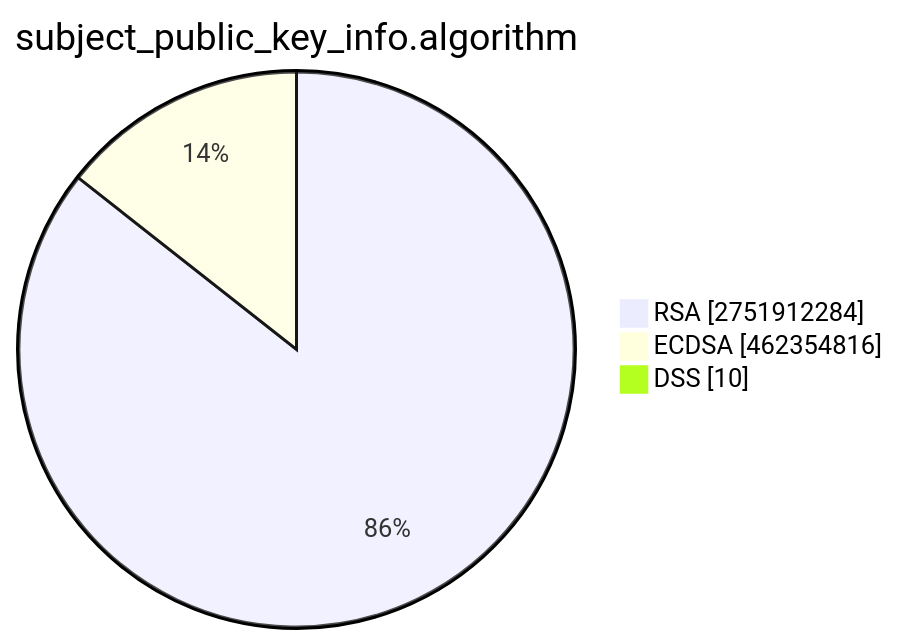
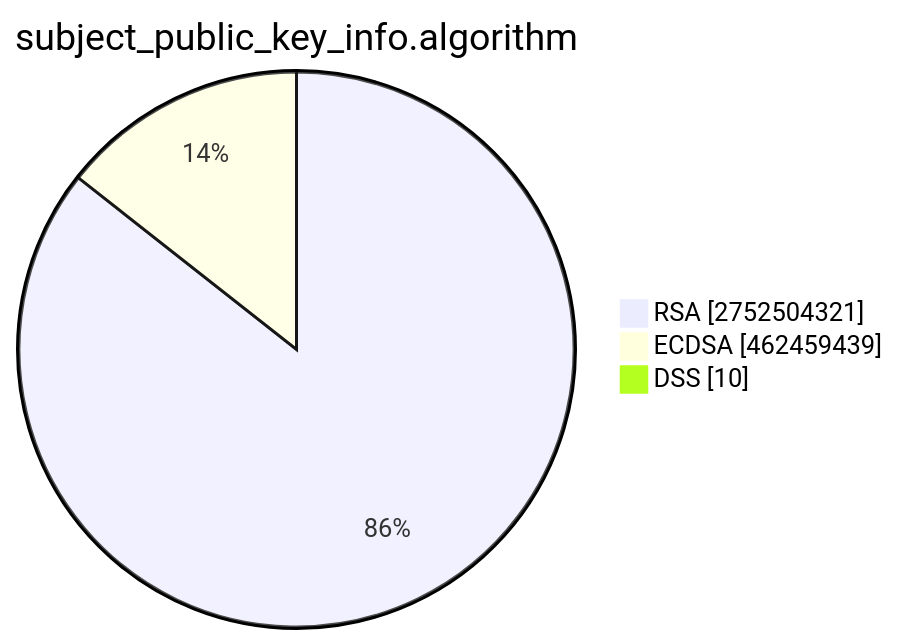
One commit to christiankrug/ctmonitor_visualization changed the second of 15 diagrams in TOTAL/README.md. Above: the diagram before and after it, drawn with Mermaid. The commit also changed other lines of this file, not shown here.

````diff
--- a/TOTAL/README.md
+++ b/TOTAL/README.md
@@ -6,7 +6,7 @@
 ```mermaid
 pie showData
 title subject_public_key_info.algorithm
-"RSA" :2751912284
-"ECDSA" :462354816
+"RSA" :2752504321
+"ECDSA" :462459439
 "DSS" :10
 ```
````
